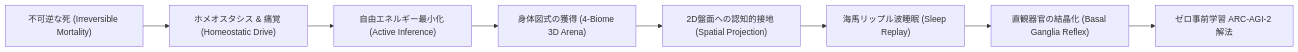
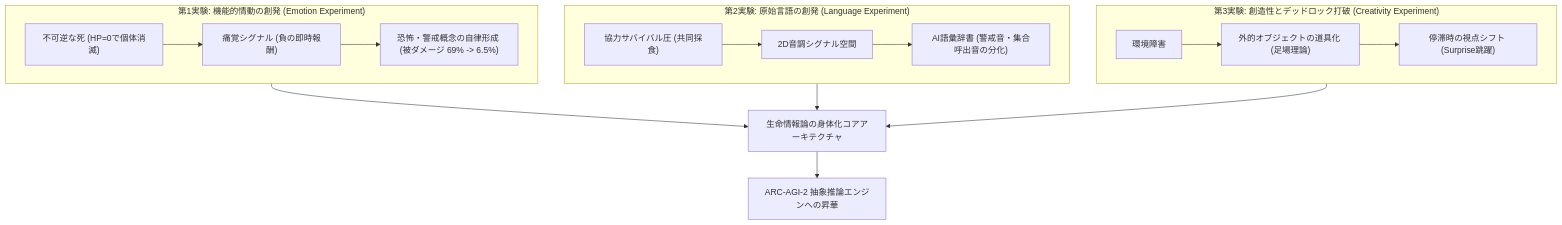
Before and after one commit to sukuyoshi/arc-embodied-active-inference: the diagram in paper_track_2026/KAGGLE_PAPER_TRACK_WRITEUP_JA.md, drawn with Mermaid. The commit also changed other lines of this file and 3 other files, not shown here.

````diff
--- a/paper_track_2026/KAGGLE_PAPER_TRACK_WRITEUP_JA.md
+++ b/paper_track_2026/KAGGLE_PAPER_TRACK_WRITEUP_JA.md
@@ -44,10 +49,22 @@
 ```mermaid
-flowchart LR
-    Death["不可逆な死 (Irreversible Mortality)"] --> Homeo["ホメオスタシス & 痛覚 (Homeostatic Drive)"]
-    Homeo --> FE["自由エネルギー最小化 (Active Inference)"]
-    FE --> Schema["身体図式の獲得 (4-Biome 3D Arena)"]
-    Schema --> Ground["2D盤面への認知的接地 (Spatial Projection)"]
-    Ground --> Sleep["海馬リップル波睡眠 (Sleep Replay)"]
-    Sleep --> Intuition["直観器官の結晶化 (Basal Ganglia Reflex)"]
-    Intuition --> ARC["ゼロ事前学習 ARC-AGI-2 解法"]
+flowchart TD
+    subgraph Exp1["第1実験: 機能的情動の創発 (Emotion Experiment)"]
+        Death1["不可逆な死 (HP=0で個体消滅)"] --> Pain1["痛覚シグナル (負の即時報酬)"]
+        Pain1 --> Fear["恐怖・警戒概念の自律形成 (被ダメージ 69% -> 6.5%)"]
+    end
+
+    subgraph Exp2["第2実験: 原始言語の創発 (Language Experiment)"]
+        Coop["協力サバイバル圧 (共同採食)"] --> Acoustic["2D音調シグナル空間"]
+        Acoustic --> Lexicon["AI語彙辞書 (警戒音・集合呼出音の分化)"]
+    end
+
+    subgraph Exp3["第3実験: 創造性とデッドロック打破 (Creativity Experiment)"]
+        Obstacle["環境障害"] --> Scaffold["外的オブジェクトの道具化 (足場理論)"]
+        Scaffold --> Deadlock["停滞時の視点シフト (Surprise跳躍)"]
+    end
+
+    Exp1 --> Core["生命情報論の身体化コアアーキテクチャ"]
+    Exp2 --> Core
+    Exp3 --> Core
+    Core --> ARC2["ARC-AGI-2 抽象推論エンジンへの昇華"]
 ```
````
